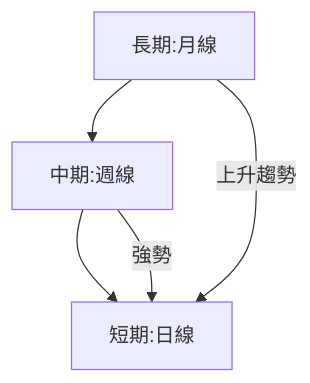
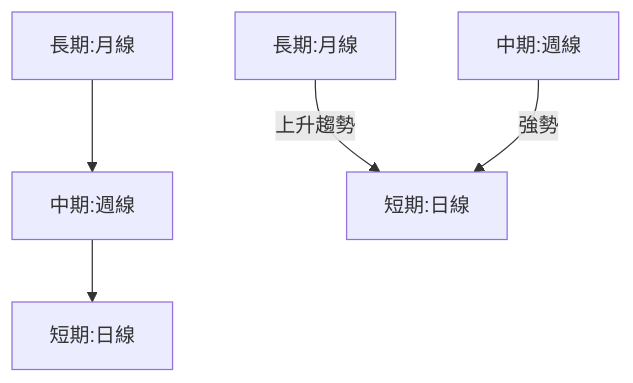
One commit to yennanliu/finance_data changed the second of 10 diagrams in ai_gen_report/stock/pl/technical_analysis_2026-05-15_openai.md. Above: the diagram before and after it, drawn with Mermaid. The commit also changed other lines of this file and 2258 other files, not shown here.

First line of the commit message:
chore: backfill Mermaid syntax repair across existing reports

````diff
--- a/ai_gen_report/stock/pl/technical_analysis_2026-05-15_openai.md
+++ b/ai_gen_report/stock/pl/technical_analysis_2026-05-15_openai.md
@@ -104,6 +104,6 @@
 ```mermaid
 graph TD
-    長期:月線 --> 中期:週線 --> 短期:日線
-    長期:月線 -->|上升趨勢| 短期:日線
-    中期:週線 -->|強勢| 短期:日線
+    nb1["長期:月線"] --> nb2["中期:週線"] --> nb3["短期:日線"]
+    長期:月線 -->|"上升趨勢"| 短期:日線
+    中期:週線 -->|"強勢"| 短期:日線
 ```
````
